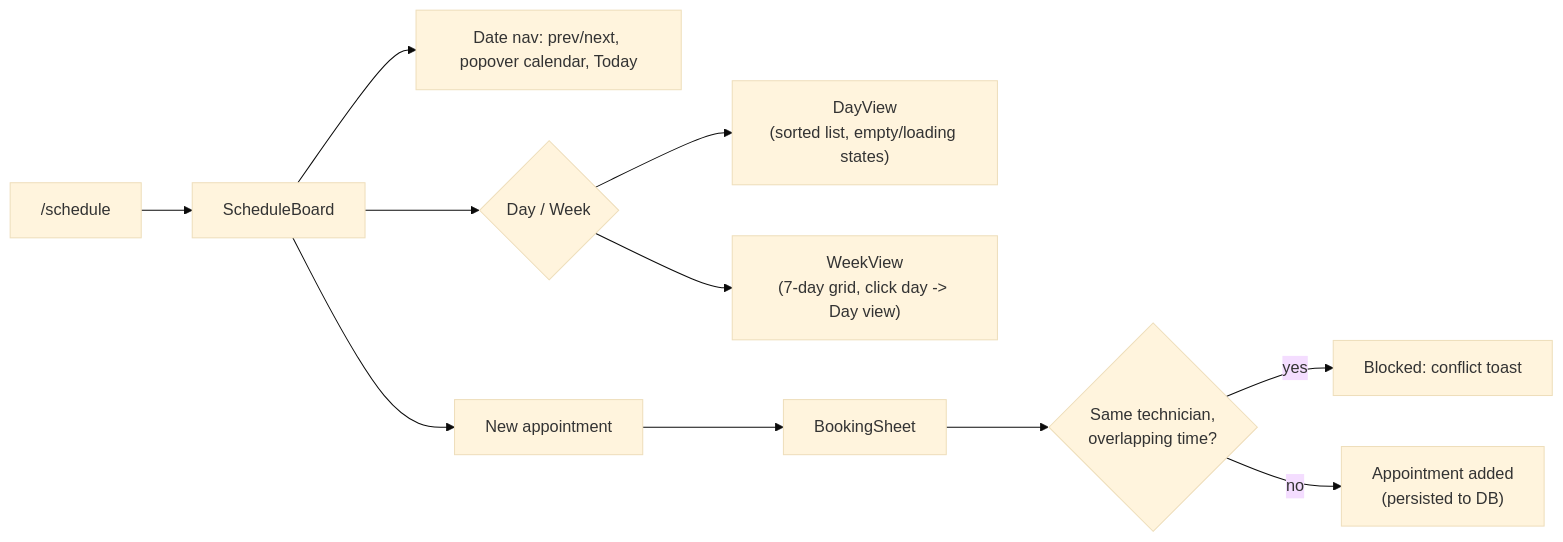
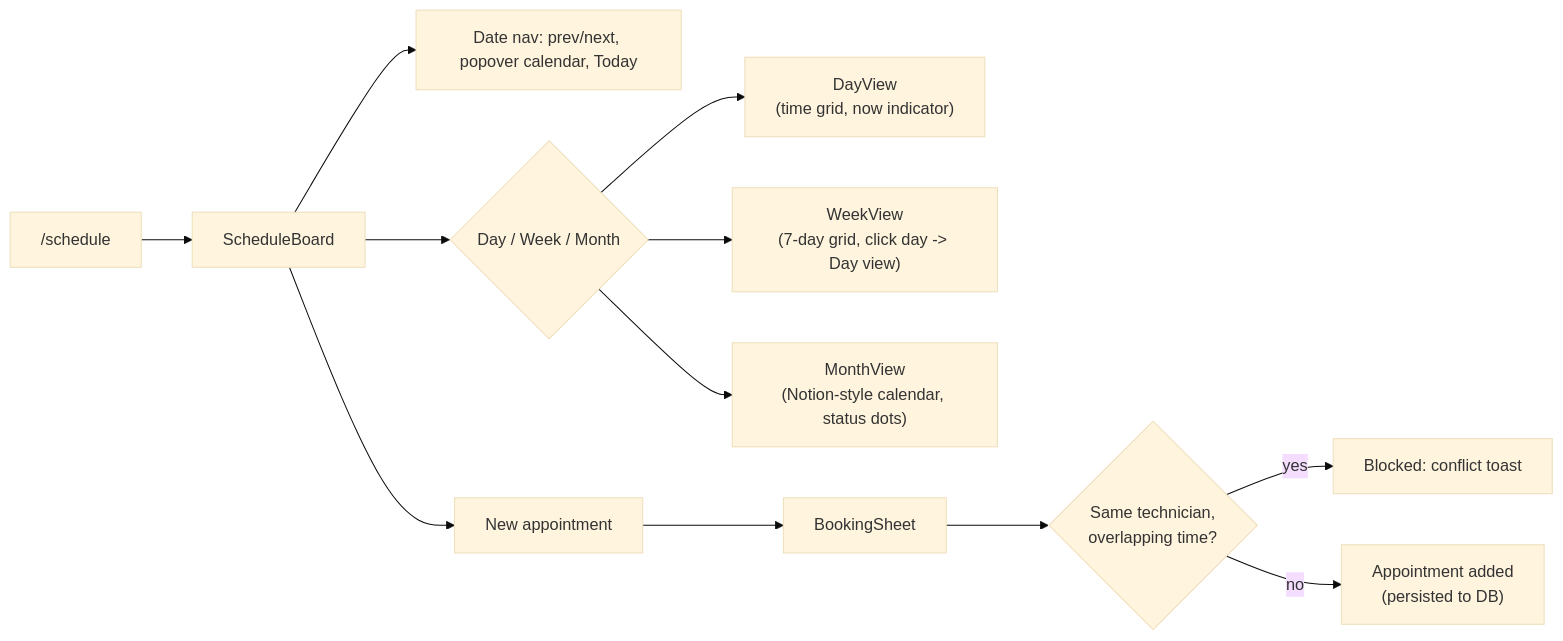
Before and after one commit to ameensyed397-ui/BREEZYOPS: the third of 3 diagrams in Breezyops-Vault/08-Project-Memory/Build-Status.md, drawn with Mermaid (base theme). The commit also changed other lines of this file and 2 other files, not shown here.

````diff
--- a/Breezyops-Vault/08-Project-Memory/Build-Status.md
+++ b/Breezyops-Vault/08-Project-Memory/Build-Status.md
@@ -167,12 +167,13 @@
 ```mermaid
 flowchart LR
     Page["/schedule"] --> Board["ScheduleBoard"]
     Board --> Nav["Date nav: prev/next, popover calendar, Today"]
-    Board --> ViewTabs{Day / Week}
-    ViewTabs --> Day["DayView\n(sorted list, empty/loading states)"]
+    Board --> ViewTabs{Day / Week / Month}
+    ViewTabs --> Day["DayView\n(time grid, now indicator)"]
     ViewTabs --> Week["WeekView\n(7-day grid, click day -> Day view)"]
+    ViewTabs --> Month["MonthView\n(Notion-style calendar, status dots)"]
     Board --> NewBtn["New appointment"] --> Sheet["BookingSheet"]
     Sheet --> Conflict{"Same technician,\noverlapping time?"}
     Conflict -->|yes| Block["Blocked: conflict toast"]
     Conflict -->|no| Create["Appointment added\n(persisted to DB)"]
 ```
````
